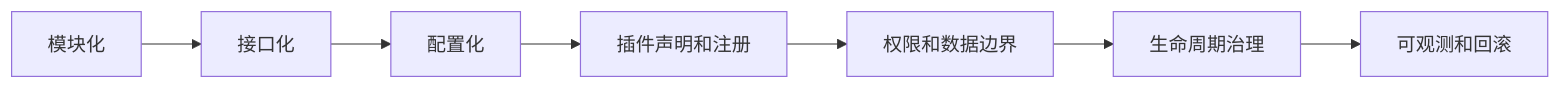
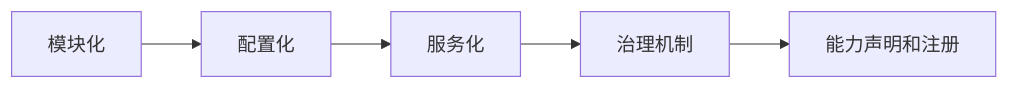
One commit to XiaoYang1127/dev-doc changed the fifth of 5 diagrams in job/mod/backend-plugin-modularization.md. Above: the diagram before and after it, drawn with Mermaid. The commit also changed other lines of this file and 5 other files, not shown here.

````diff
--- a/job/mod/backend-plugin-modularization.md
+++ b/job/mod/backend-plugin-modularization.md
@@ -500,9 +229,7 @@
 ```mermaid
 flowchart LR
-    A[模块化] --> B[接口化]
-    B --> C[配置化]
-    C --> D[插件声明和注册]
-    D --> E[权限和数据边界]
-    E --> F[生命周期治理]
-    F --> G[可观测和回滚]
+    A[模块化] --> B[配置化]
+    B --> C[服务化]
+    C --> D[治理机制]
+    D --> E[能力声明和注册]
 ```
````
